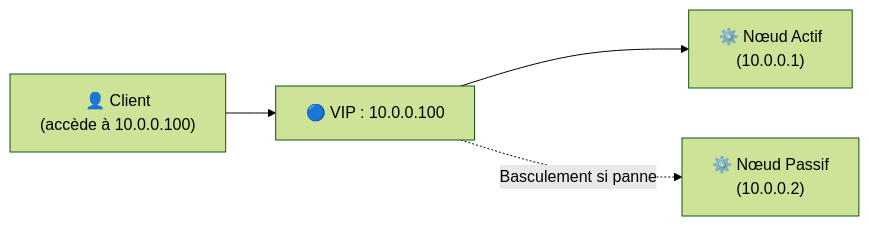
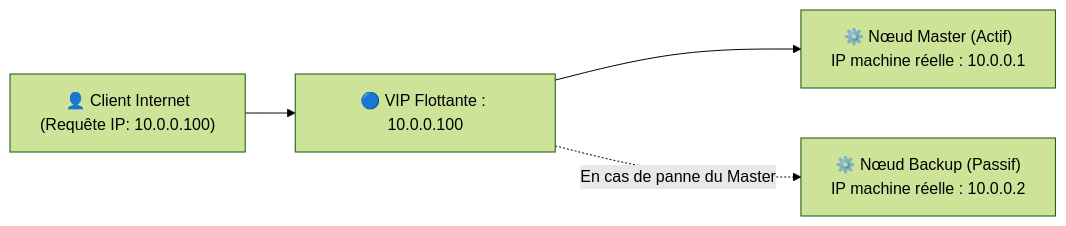
One commit to MontSekai/Documentations changed the first of 2 diagrams in docs/Reseau/haute_disponibilite.md. Above: the diagram before and after it, drawn with Mermaid (forest theme). The commit also changed other lines of this file and 50 other files, not shown here.

````diff
--- a/docs/Reseau/haute_disponibilite.md
+++ b/docs/Reseau/haute_disponibilite.md
@@ -18,6 +35,6 @@
 ```mermaid
 graph LR
-    C["👤 Client\n(accède à 10.0.0.100)"] --> VIP["🔵 VIP : 10.0.0.100"]
-    VIP --> A["⚙️ Nœud Actif\n(10.0.0.1)"]
-    VIP -.->|"Basculement si panne"| B["⚙️ Nœud Passif\n(10.0.0.2)"]
+    C["👤 Client Internet\n(Requête IP: 10.0.0.100)"] --> VIP["🔵 VIP Flottante : 10.0.0.100"]
+    VIP --> A["⚙️ Nœud Master (Actif)\nIP machine réelle : 10.0.0.1"]
+    VIP -.->|"En cas de panne du Master"| B["⚙️ Nœud Backup (Passif)\nIP machine réelle : 10.0.0.2"]
 ```
````
